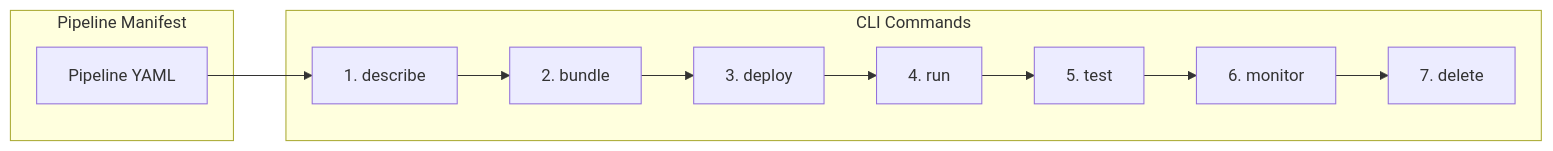
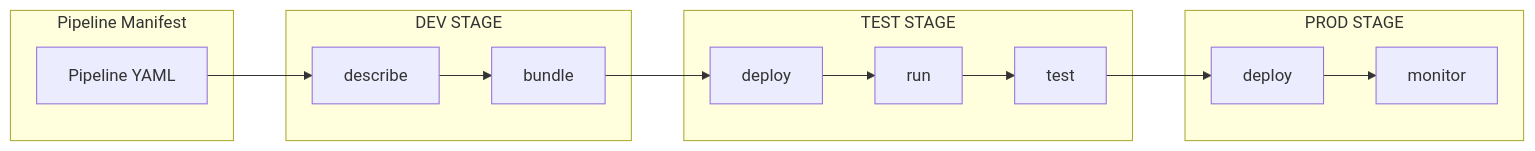
Before and after one commit to aws/CICD-for-SageMakerUnifiedStudio: the first of 4 diagrams in experimental/SMUS-CICD-pipeline-cli/README.md, drawn with Mermaid. The commit also changed other lines of this file and 1 other file, not shown here.

First line of the commit message:
Improve README documentation and CLI workflow diagrams

````diff
--- a/experimental/SMUS-CICD-pipeline-cli/README.md
+++ b/experimental/SMUS-CICD-pipeline-cli/README.md
@@ -39,12 +39,29 @@
 ```mermaid
 graph LR
     subgraph "Pipeline Manifest"
         PM[Pipeline YAML]
     end
     
-    subgraph "CLI Commands"
-        C1[1. describe] --> C2[2. bundle] --> C3[3. deploy] --> C4[4. run] --> C5[5. test] --> C6[6. monitor] --> C7[7. delete]
+    subgraph "DEV STAGE"
+        C1[describe]
+        C2[bundle]
+        C1 --> C2
+    end
+    
+    subgraph "TEST STAGE"
+        C3[deploy]
+        C4[run]
+        C5[test]
+        C3 --> C4 --> C5
+    end
+    
+    subgraph "PROD STAGE"
+        C6[deploy]
+        C7[monitor]
+        C6 --> C7
     end
     
     PM --> C1
+    C2 --> C3
+    C5 --> C6
 ```
````
